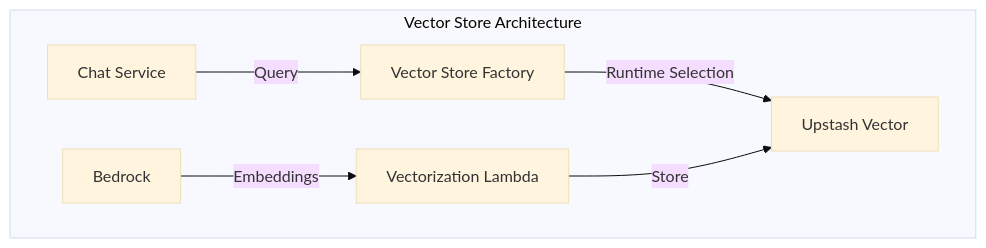
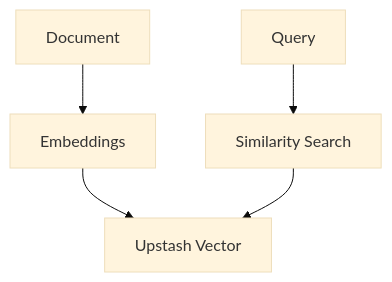
Before and after one commit to laialex501/lorechat-container: the third of 3 diagrams in memory-bank/techContext.md, drawn with Mermaid (base theme). The commit also changed other lines of this file and 30 other files, not shown here.

````diff
--- a/memory-bank/techContext.md
+++ b/memory-bank/techContext.md
@@ -56,10 +78,7 @@
 ```mermaid
 graph TD
-    subgraph "Vector Store Architecture"
-        A[Chat Service] -->|Query| B[Vector Store Factory]
-        B -->|Runtime Selection| C[Upstash Vector]
-        
-        D[Vectorization Lambda] -->|Store| C
-        E[Bedrock] -->|Embeddings| D
-    end
+    A[Document] --> B[Embeddings]
+    B --> C[Upstash Vector]
+    D[Query] --> E[Similarity Search]
+    E --> C
 ```
````
